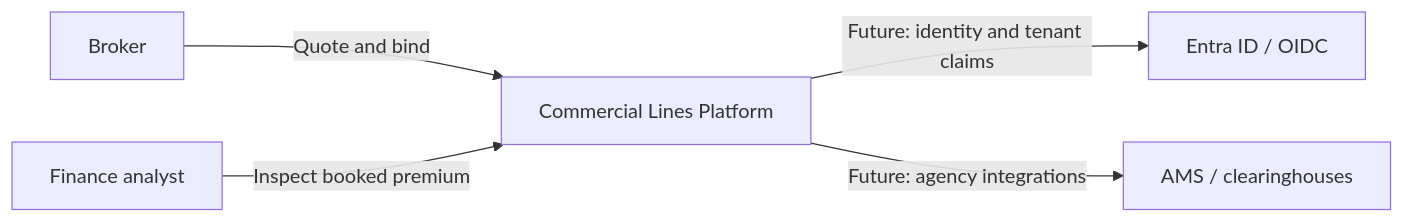
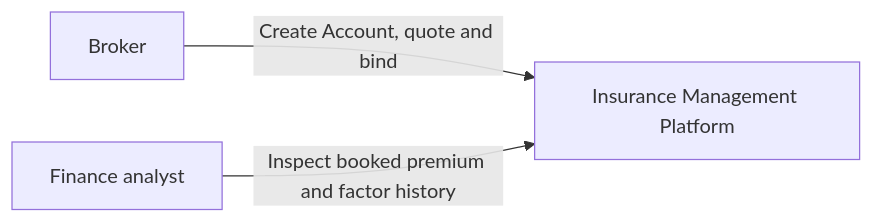
Before and after one commit to fitterhappier28/Insurance-platform: the diagram in docs/architecture/01-system-context.md, drawn with Mermaid. The commit also changed other lines of this file and 22 other files, not shown here.

````diff
--- a/docs/architecture/01-system-context.md
+++ b/docs/architecture/01-system-context.md
@@ -3,7 +5,5 @@
 ```mermaid
 flowchart LR
-  Broker[Broker] -->|Quote and bind| CLP[Commercial Lines Platform]
-  Finance[Finance analyst] -->|Inspect booked premium| CLP
-  CLP -->|Future: identity and tenant claims| Identity[Entra ID / OIDC]
-  CLP -->|Future: agency integrations| AMS[AMS / clearinghouses]
+  Broker[Broker] -->|Create Account, quote and bind| IMP[Insurance Management Platform]
+  Finance[Finance analyst] -->|Inspect booked premium and factor history| IMP
 ```
````
